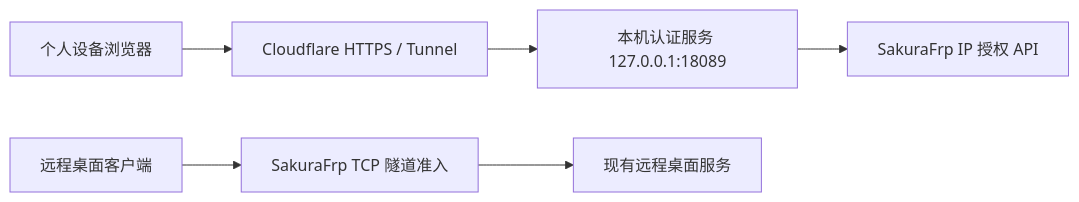
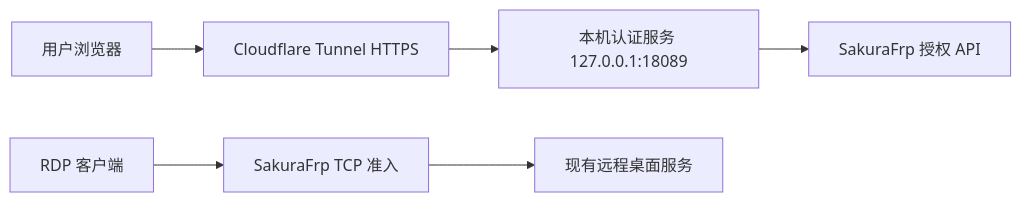
Before and after one commit to zxaBinbina/homepage: the diagram in docs/rdp-access-auth.md, drawn with Mermaid. The commit also changed other lines of this file and 20 other files, not shown here.

````diff
--- a/docs/rdp-access-auth.md
+++ b/docs/rdp-access-auth.md
@@ -24,8 +9,8 @@
 ```mermaid
 flowchart LR
-    Browser[个人设备浏览器] --> CF[Cloudflare HTTPS / Tunnel]
+    Browser[用户浏览器] --> CF[Cloudflare Tunnel HTTPS]
     CF --> Portal[本机认证服务 127.0.0.1:18089]
-    Portal --> API[SakuraFrp IP 授权 API]
-    RDP[远程桌面客户端] --> Gate[SakuraFrp TCP 隧道准入]
+    Portal --> Sakura[SakuraFrp 授权 API]
+    RDP[RDP 客户端] --> Gate[SakuraFrp TCP 准入]
     Gate --> Desktop[现有远程桌面服务]
 ```
````
